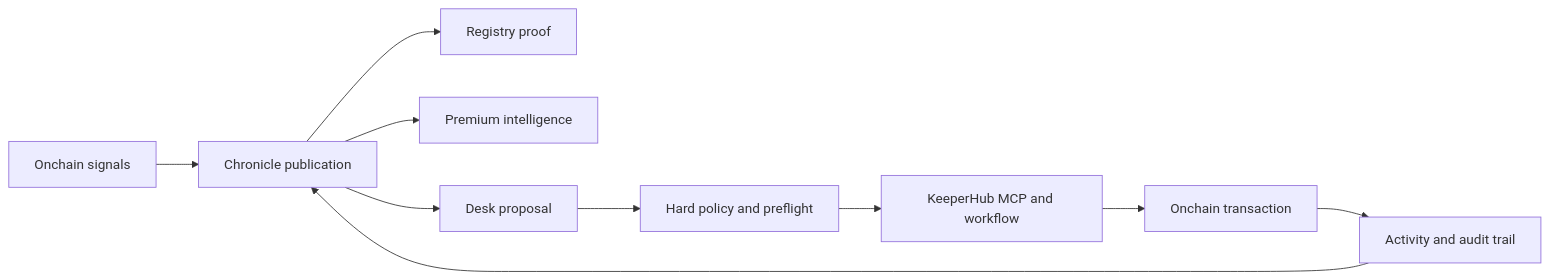
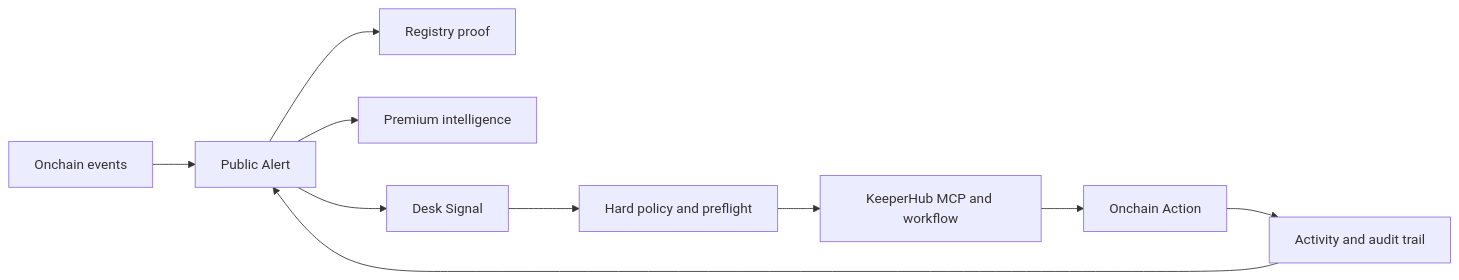
Before and after one commit to zaikaman/ChronicleAI: the second of 3 diagrams in README.md, drawn with Mermaid. The commit also changed other lines of this file and 10 other files, not shown here.

Commit message:
feat: update README and documentation to reflect new Alert and Signal workflow; enhance descriptions and clarify causal chains; improve navigation item labels and user interface components

````diff
--- a/README.md
+++ b/README.md
@@ -52,12 +64,12 @@
 ```mermaid
 flowchart LR
-    S[Onchain signals] --> P[Chronicle publication]
-    P --> R[Registry proof]
-    P --> M[Premium intelligence]
-    P --> D[Desk proposal]
-    D --> G[Hard policy and preflight]
+    E[Onchain events] --> A[Public Alert]
+    A --> P[Registry proof]
+    A --> M[Premium intelligence]
+    A --> S[Desk Signal]
+    S --> G[Hard policy and preflight]
     G --> K[KeeperHub MCP and workflow]
-    K --> T[Onchain transaction]
-    T --> A[Activity and audit trail]
-    A --> P
+    K --> T[Onchain Action]
+    T --> X[Activity and audit trail]
+    X --> A
 ```
````
